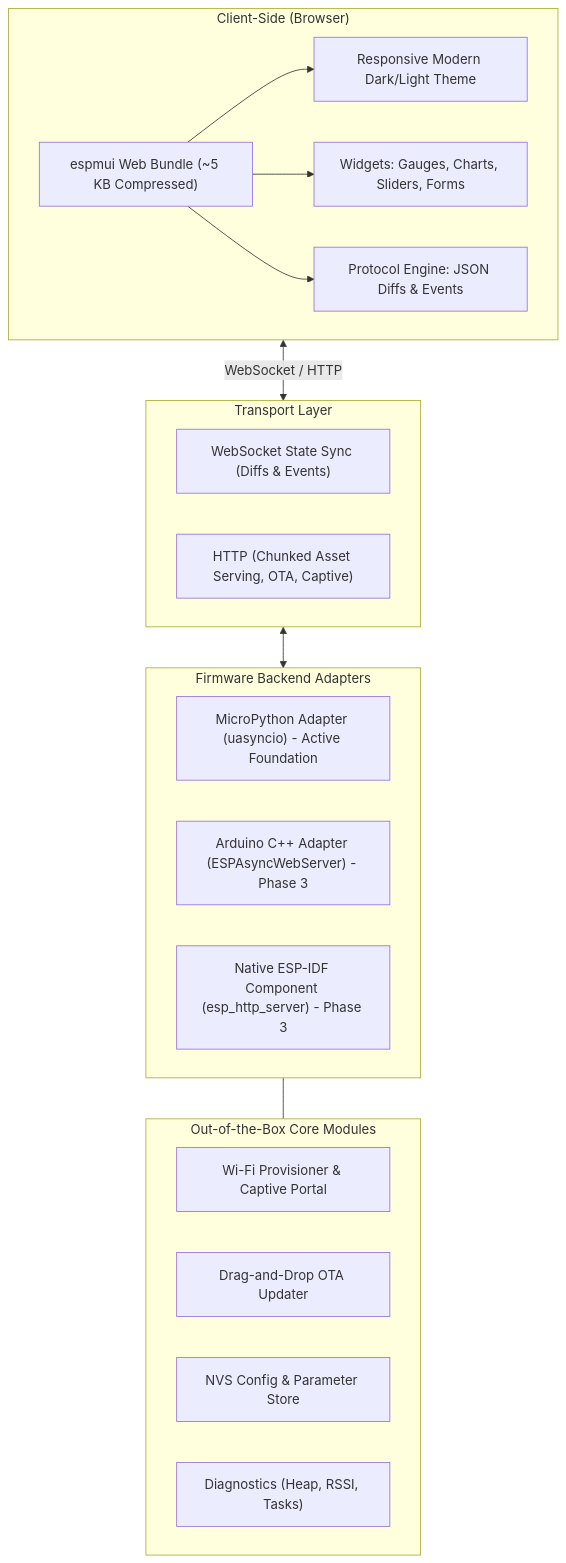
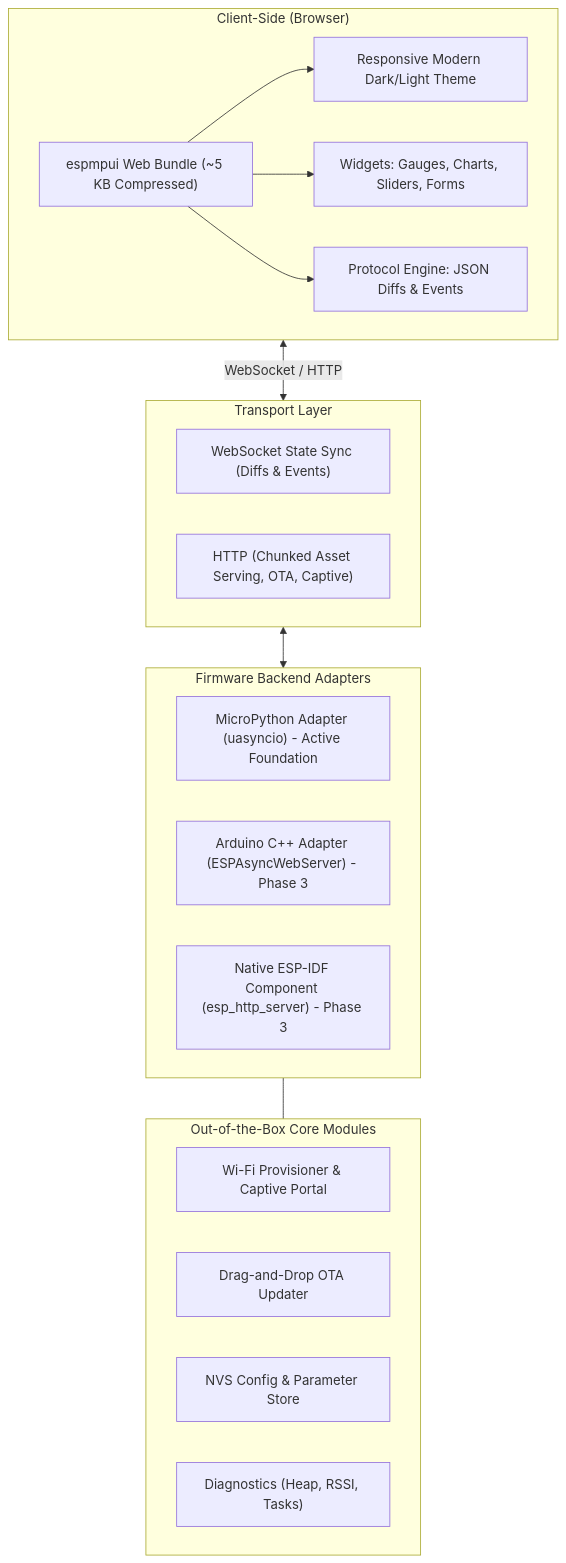
One commit to csseeker/espmpui changed the second of 3 diagrams in docs/ROADMAP.md. Above: the diagram before and after it, drawn with Mermaid. The commit also changed other lines of this file and 41 other files, not shown here.

Commit message:
refactor: rename project package from espmui to espmpui

````diff
--- a/docs/ROADMAP.md
+++ b/docs/ROADMAP.md
@@ -55,34 +55,34 @@
 ```mermaid
 graph TD
     subgraph Browser ["Client-Side (Browser)"]
-        UI["espmui Web Bundle (~5 KB Compressed)"]
+        UI["espmpui Web Bundle (~5 KB Compressed)"]
         MUI["Responsive Modern Dark/Light Theme"]
         Widgets["Widgets: Gauges, Charts, Sliders, Forms"]
         ProtoEngine["Protocol Engine: JSON Diffs & Events"]
         UI --> MUI
         UI --> Widgets
         UI --> ProtoEngine
     end
 
     subgraph Transport ["Transport Layer"]
         WS["WebSocket State Sync (Diffs & Events)"]
         HTTP["HTTP (Chunked Asset Serving, OTA, Captive)"]
     end
 
     subgraph Adapters ["Firmware Backend Adapters"]
         MPy["MicroPython Adapter (uasyncio) - Active Foundation"]
         Ard["Arduino C++ Adapter (ESPAsyncWebServer) - Phase 3"]
         IDF["Native ESP-IDF Component (esp_http_server) - Phase 3"]
     end
 
     subgraph Modules ["Out-of-the-Box Core Modules"]
         WiFi["Wi-Fi Provisioner & Captive Portal"]
         OTA["Drag-and-Drop OTA Updater"]
         NVS["NVS Config & Parameter Store"]
         Diag["Diagnostics (Heap, RSSI, Tasks)"]
     end
 
     Browser <-->|WebSocket / HTTP| Transport
     Transport <--> Adapters
     Adapters --- Modules
 ```
````
